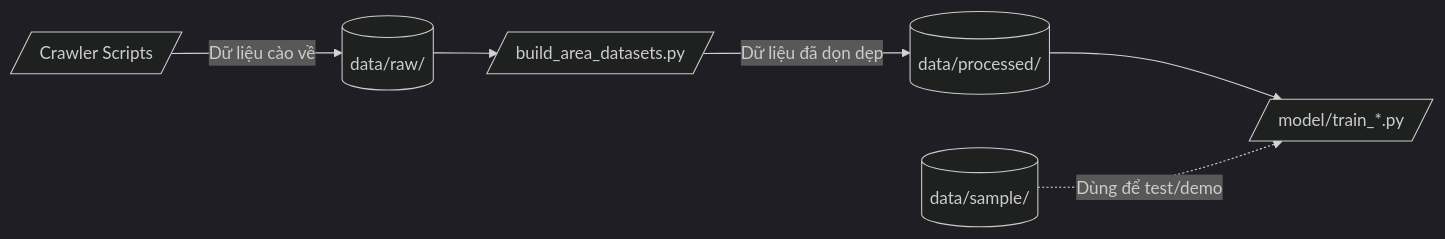
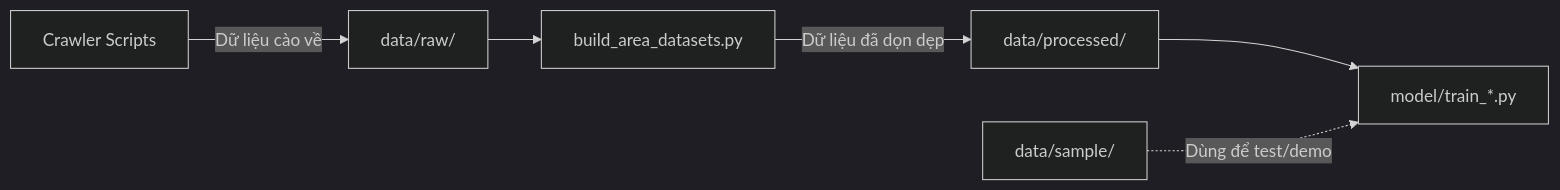
The diagram in data/README.md (uit-25730067-chithanh/AI002-Team22-DT10), drawn with Mermaid (dark theme) before and after one commit. The commit also changed 6 other files, not shown here.

Commit message:
fix: make Mermaid diagrams render on GitHub

````diff
--- a/data/README.md
+++ b/data/README.md
@@ -14,9 +14,9 @@
 ```mermaid
 graph LR
-    Crawler[/Crawler Scripts/] -->|Dữ liệu cào về| Raw[(data/raw/)]
-    Raw --> Builder[/build_area_datasets.py/]
-    Builder -->|Dữ liệu đã dọn dẹp| Processed[(data/processed/)]
-    Processed --> Train[/model/train_*.py/]
+    Crawler["Crawler Scripts"] -->|Dữ liệu cào về| Raw["data/raw/"]
+    Raw --> Builder["build_area_datasets.py"]
+    Builder -->|Dữ liệu đã dọn dẹp| Processed["data/processed/"]
+    Processed --> Train["model/train_*.py"]
     
-    Sample[(data/sample/)] -.->|Dùng để test/demo| Train
+    Sample["data/sample/"] -.->|Dùng để test/demo| Train
 ```
````
